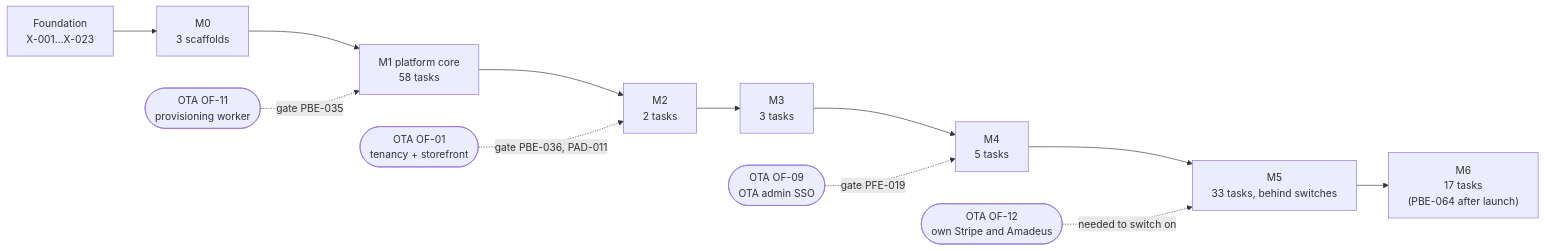
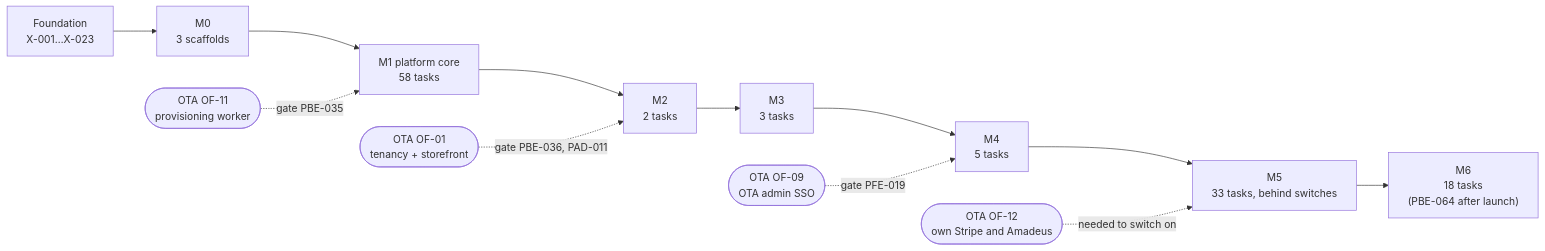
One commit to bhagwati-prasad/velexis-ota changed the diagram in platform/docs/plans/implementation-plan.md. Above: the diagram before and after it, drawn with Mermaid. The commit also changed other lines of this file and 30 other files, not shown here.

First line of the commit message:
fix: move X-043 after launch and plan this wave's new tasks, keep secrets out of Caddy's error log and unit start, name the WAF's argument refusal, and test the security-log units in CI

````diff
--- a/platform/docs/plans/implementation-plan.md
+++ b/platform/docs/plans/implementation-plan.md
@@ -57,14 +57,14 @@
 ```mermaid
 flowchart LR
   F["Foundation<br/>X-001…X-023"] --> M0["M0<br/>3 scaffolds"]
   M0 --> M1["M1 platform core<br/>58 tasks"]
   OF11(["OTA OF-11<br/>provisioning worker"]) -. gate PBE-035 .-> M1
   M1 --> M2["M2<br/>2 tasks"]
   OF01(["OTA OF-01<br/>tenancy + storefront"]) -. gate PBE-036, PAD-011 .-> M2
   M2 --> M3["M3<br/>3 tasks"]
   M3 --> M4["M4<br/>5 tasks"]
   OF09(["OTA OF-09<br/>OTA admin SSO"]) -. gate PFE-019 .-> M4
   M4 --> M5["M5<br/>33 tasks, behind switches"]
   OF12(["OTA OF-12<br/>own Stripe and Amadeus"]) -. needed to switch on .-> M5
-  M5 --> M6["M6<br/>17 tasks<br/>(PBE-064 after launch)"]
+  M5 --> M6["M6<br/>18 tasks<br/>(PBE-064 after launch)"]
 ```
````
